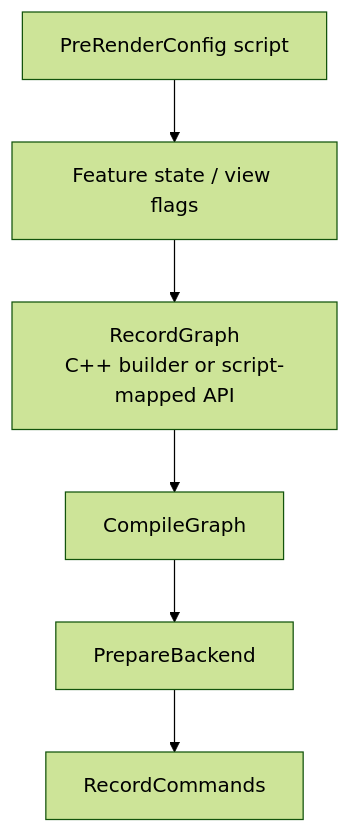
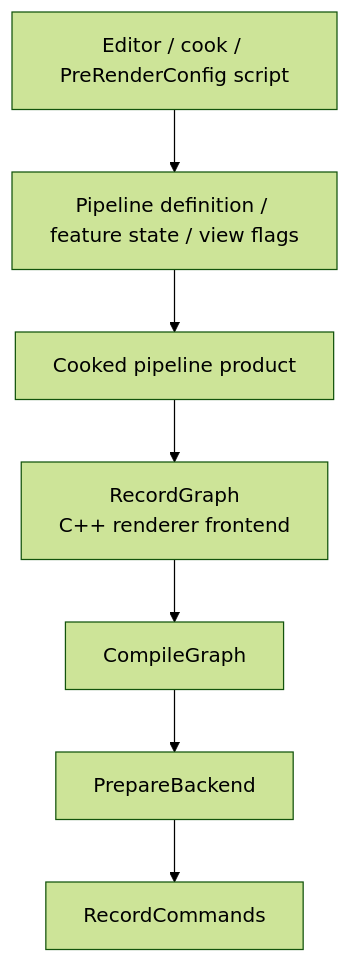
Before and after one commit to 66six11/Engine: the eighth of 9 diagrams in docs/systems/scripting.md, drawn with Mermaid (forest theme). The commit also changed other lines of this file and 24 other files, not shown here.

Commit message:
docs: define package-first system architecture

````diff
--- a/docs/systems/scripting.md
+++ b/docs/systems/scripting.md
@@ -355,11 +367,12 @@
 ```mermaid
 flowchart TD
-    Script["PreRenderConfig script"]
-    FeatureState["Feature state / view flags"]
-    RecordGraph["RecordGraph<br/>C++ builder or script-mapped API"]
+    Script["Editor / cook / PreRenderConfig script"]
+    Definition["Pipeline definition / feature state / view flags"]
+    Product["Cooked pipeline product"]
+    RecordGraph["RecordGraph<br/>C++ renderer frontend"]
     Compile["CompileGraph"]
     Prepare["PrepareBackend"]
     Record["RecordCommands"]
 
-    Script --> FeatureState --> RecordGraph --> Compile --> Prepare --> Record
+    Script --> Definition --> Product --> RecordGraph --> Compile --> Prepare --> Record
 ```
````
